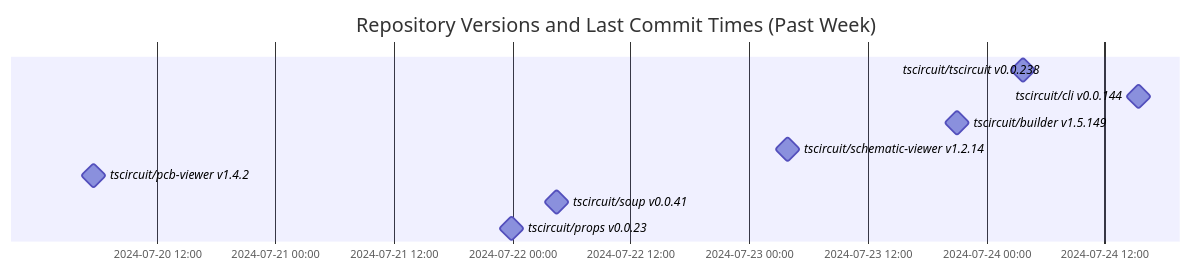
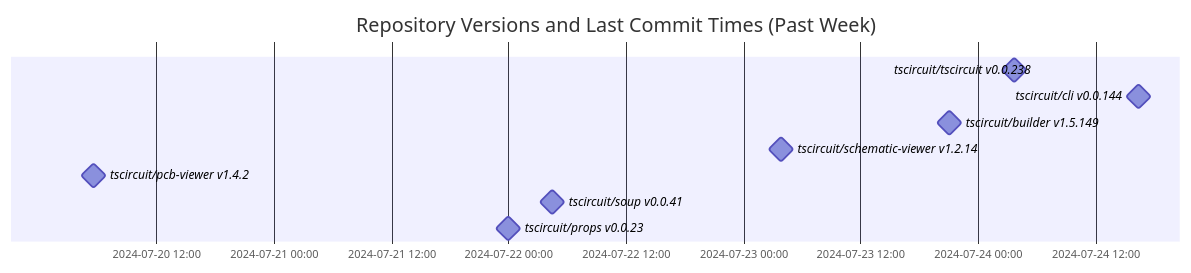
One commit to tscircuit/version-tracker changed the diagram in README.md. Above: the diagram before and after it, drawn with Mermaid.

Commit message:
Update chart

````diff
--- a/README.md
+++ b/README.md
@@ -1,14 +1,14 @@
 ```mermaid
 gantt
   dateFormat  YYYY-MM-DD HH:mm:ss
   title Repository Versions and Last Commit Times (Past Week)
   axisFormat %Y-%m-%d %H:%M
 
   tscircuit/tscircuit v0.0.238 : milestone, 2024-07-24 03:42:58, 1s
-  tscircuit/cli v0.0.144 : milestone, 2024-07-24 15:25:54, 1s
+  tscircuit/cli v0.0.144 : milestone, 2024-07-24 16:24:13, 1s
   tscircuit/builder v1.5.149 : milestone, 2024-07-23 21:01:43, 1s
   tscircuit/schematic-viewer v1.2.14 : milestone, 2024-07-23 03:50:56, 1s
   tscircuit/pcb-viewer v1.4.2 : milestone, 2024-07-20 05:34:23, 1s
   tscircuit/soup v0.0.41 : milestone, 2024-07-22 04:28:33, 1s
   tscircuit/props v0.0.23 : milestone, 2024-07-21 23:57:13, 1s
 ```
````
